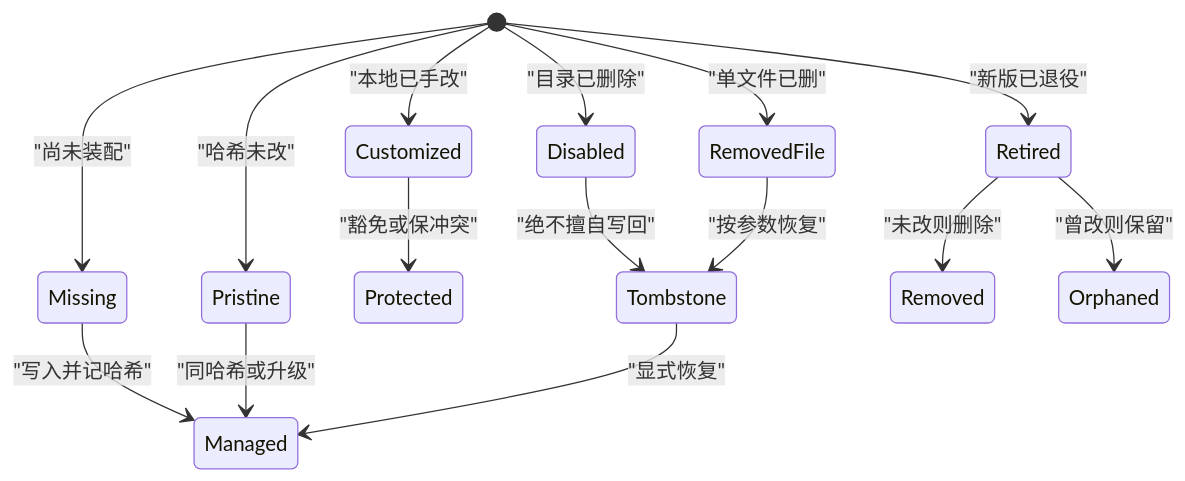
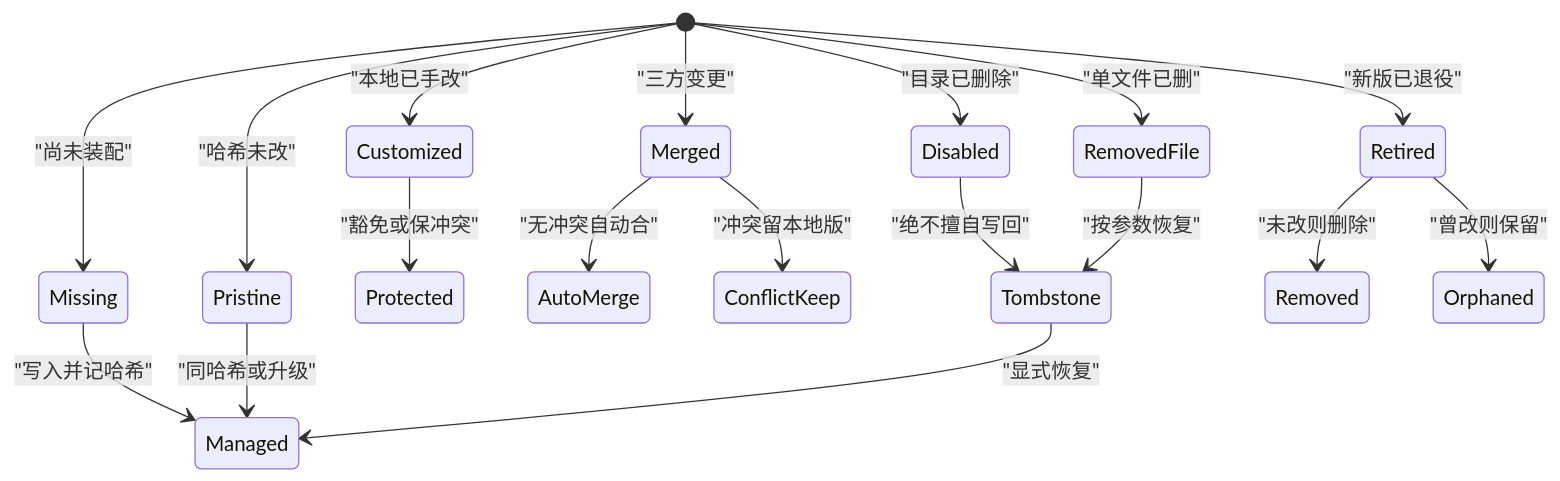
The third of 6 diagrams in docs/TDD.md (FiretrUCK666/project-forge), drawn with Mermaid before and after one commit. The commit also changed other lines of this file and 13 other files, not shown here.

````diff
--- a/docs/TDD.md
+++ b/docs/TDD.md
@@ -227,18 +184,21 @@
 ```mermaid
 stateDiagram-v2
   [*] --> Missing: "尚未装配"
   [*] --> Pristine: "哈希未改"
   [*] --> Customized: "本地已手改"
+  [*] --> Merged: "三方变更"
   [*] --> Disabled: "目录已删除"
   [*] --> RemovedFile: "单文件已删"
   [*] --> Retired: "新版已退役"
 
   Missing --> Managed: "写入并记哈希"
   Pristine --> Managed: "同哈希或升级"
   Customized --> Protected: "豁免或保冲突"
+  Merged --> AutoMerge: "无冲突自动合"
+  Merged --> ConflictKeep: "冲突留本地版"
   Disabled --> Tombstone: "绝不擅自写回"
   RemovedFile --> Tombstone: "按参数恢复"
   Tombstone --> Managed: "显式恢复"
   Retired --> Removed: "未改则删除"
   Retired --> Orphaned: "曾改则保留"
 ```
````
